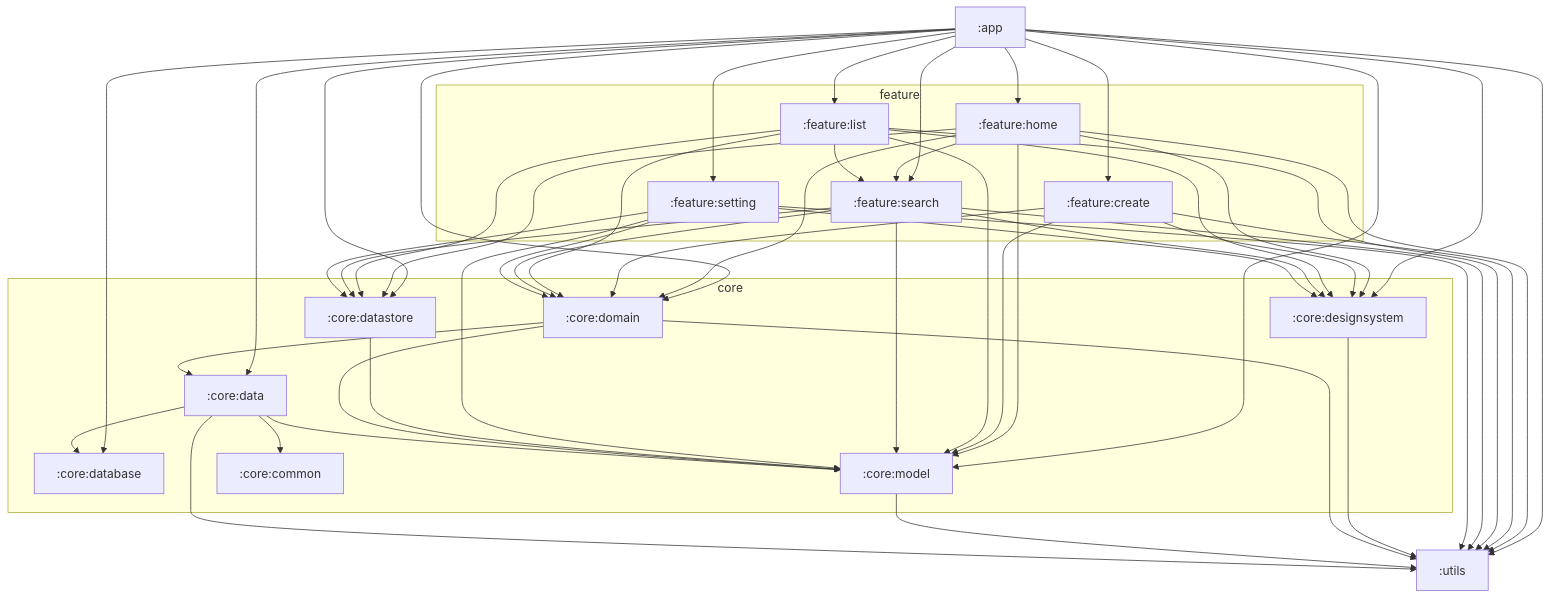
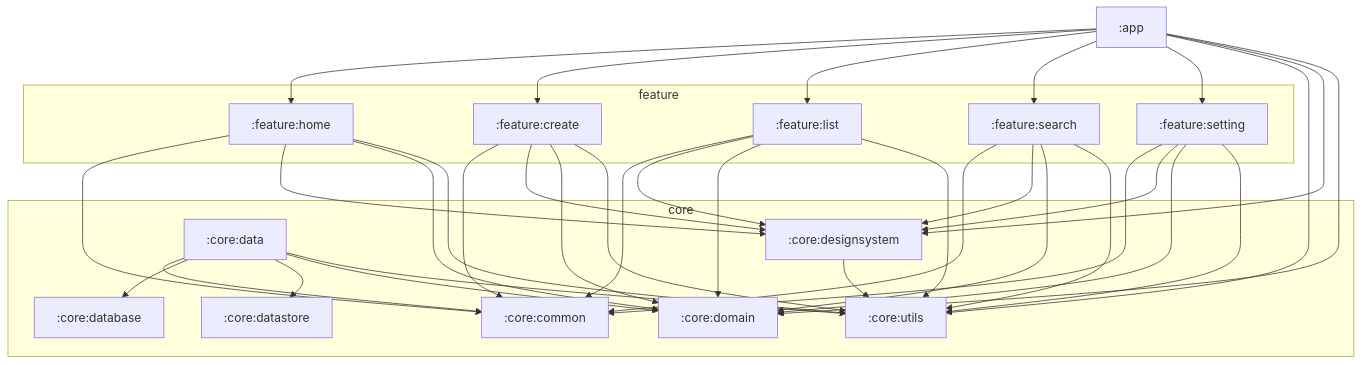
The diagram in module/app.md (HakusFactory/hakusfactory.github.io), drawn with Mermaid before and after one commit. The commit also changed 12 other files, not shown here.

````diff
--- a/module/app.md
+++ b/module/app.md
@@ -10,12 +10,8 @@
 app --> search
 app --> setting
 app --> utils
-app --> data
-app --> database
-app --> datastore
 app --> designsystem
 app --> domain
-app --> model
 
 subgraph feature
     home[:feature:home]
@@ -25,61 +21,46 @@
     setting[:feature:setting]
 end
 
-home --> datastore
+home --> common
+home --> designsystem
 home --> domain
-home --> model
-home --> search
-home --> designsystem
 home --> utils
 
+create --> common
 create --> designsystem
 create --> domain
-create --> model
 create --> utils
 
-list --> search
-list --> datastore
+list --> common
 list --> designsystem
 list --> domain
-list --> model
 list --> utils
 
-search --> datastore
+search --> common
 search --> designsystem
 search --> domain
-search --> model
 search --> utils
 
-setting --> datastore
+setting --> common
 setting --> designsystem
 setting --> domain
-setting --> model
 setting --> utils
 
 subgraph core
+    designsystem[:core:designsystem]
+    domain[:core:domain]
     common[:core:common]
+    utils[:core:utils]
     data[:core:data]
     database[:core:database]
     datastore[:core:datastore]
-    designsystem[:core:designsystem]
-    domain[:core:domain]
-    model[:core:model]
 end
-
-datastore --> model
 
 designsystem --> utils
 
-domain --> model
-domain --> data
-domain --> utils
-
-model --> utils
-
 data --> common
 data --> database
-data --> model
+data --> datastore
+data --> domain
 data --> utils
-
-utils[:utils]
 ```
````
